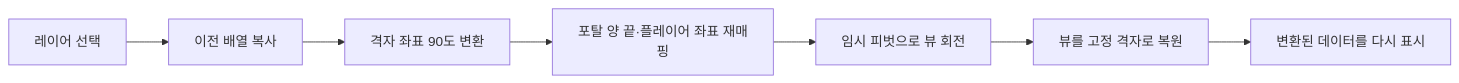
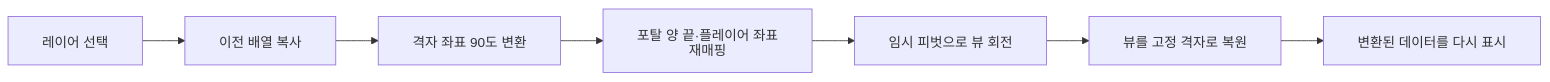
The diagram in portfolio/layer-rotation/README.md (1Seong/EulerianAurora), drawn with Mermaid before and after one commit. The commit also changed 5 other files, not shown here.

Commit message:
docs: fix diagram text layout and feature sample emphasis

````diff
--- a/portfolio/layer-rotation/README.md
+++ b/portfolio/layer-rotation/README.md
@@ -7,9 +7,10 @@
 ```mermaid
+%%{init: {"htmlLabels": false, "themeVariables": {"fontFamily": "Arial, sans-serif"}, "flowchart": {"padding": 20, "diagramPadding": 20}, "sequence": {"diagramMarginX": 24, "diagramMarginY": 16, "wrap": true}}}%%
 flowchart LR
   A["레이어 선택"] --> B["이전 배열 복사"]
   B --> C["격자 좌표 90도 변환"]
   C --> D["포탈 양 끝·플레이어 좌표 재매핑"]
   D --> E["임시 피벗으로 뷰 회전"]
   E --> F["뷰를 고정 격자로 복원"]
   F --> G["변환된 데이터를 다시 표시"]
 ```
````
